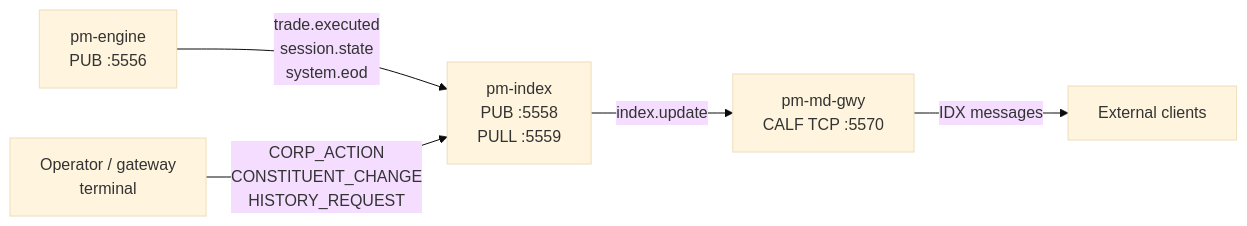
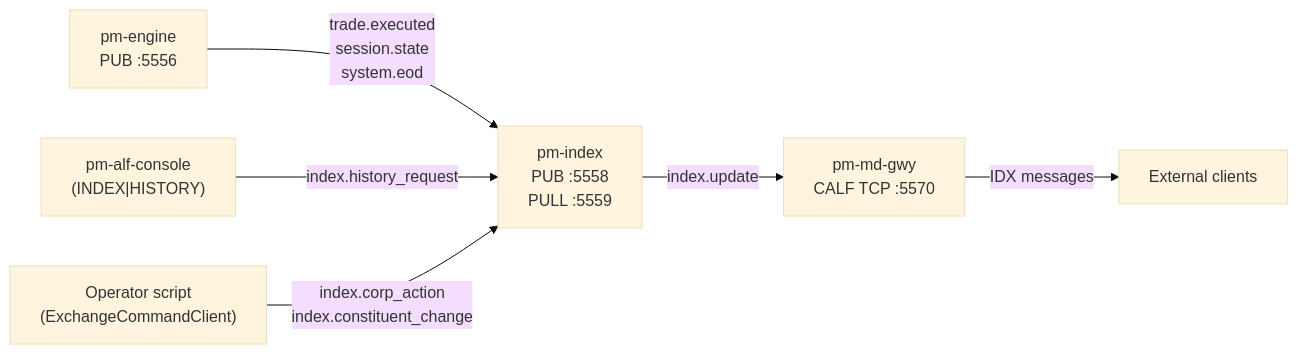
The diagram in docs/user-guide/150-index.md (johan162/EduMatcher), drawn with Mermaid (base theme) before and after one commit. The commit also changed other lines of this file and 5 other files, not shown here.

````diff
--- a/docs/user-guide/150-index.md
+++ b/docs/user-guide/150-index.md
@@ -24,7 +24,8 @@
 ```mermaid
 flowchart LR
     E["pm-engine\nPUB :5556"] -->|"trade.executed\nsession.state\nsystem.eod"| I["pm-index\nPUB :5558\nPULL :5559"]
     I -->|"index.update"| G["pm-md-gwy\nCALF TCP :5570"]
     G -->|"IDX messages"| C["External clients"]
-    OP["Operator / gateway\nterminal"] -->|"CORP_ACTION\nCONSTITUENT_CHANGE\nHISTORY_REQUEST"| I
+    CON["pm-alf-console\n(INDEX|HISTORY)"] -->|"index.history_request"| I
+    SCR["Operator script\n(ExchangeCommandClient)"] -->|"index.corp_action\nindex.constituent_change"| I
 ```
````
